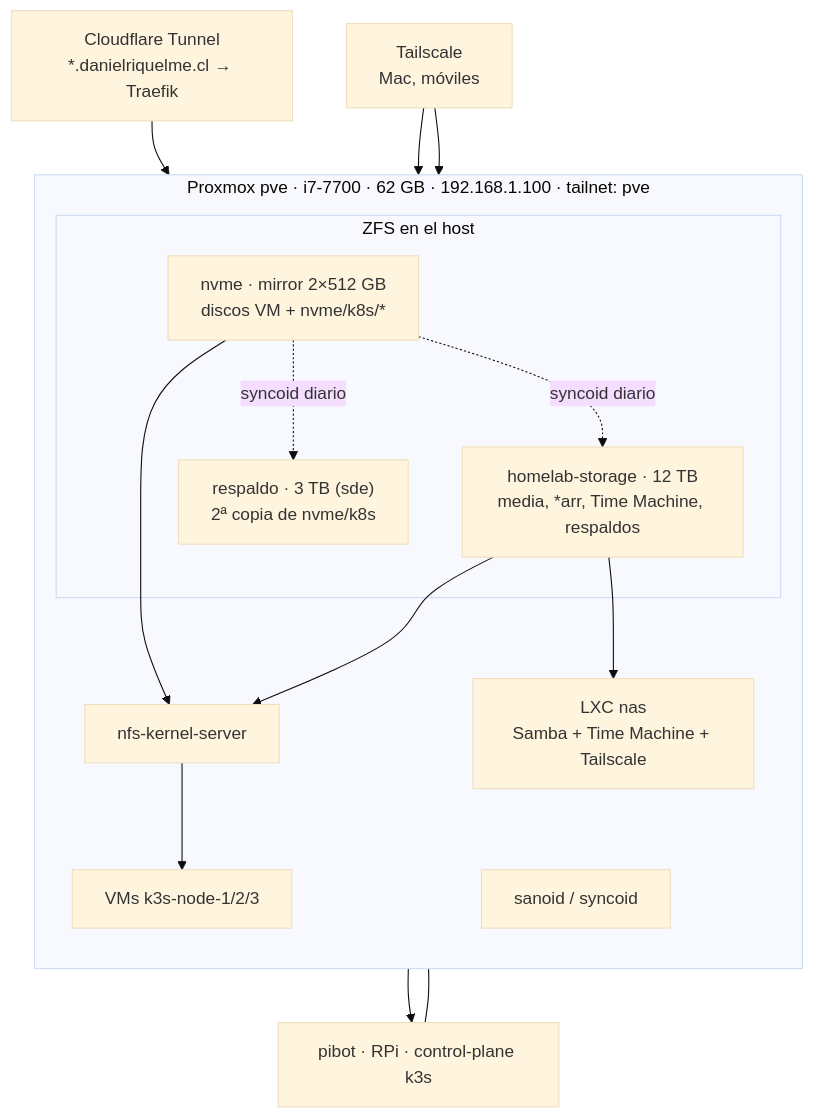
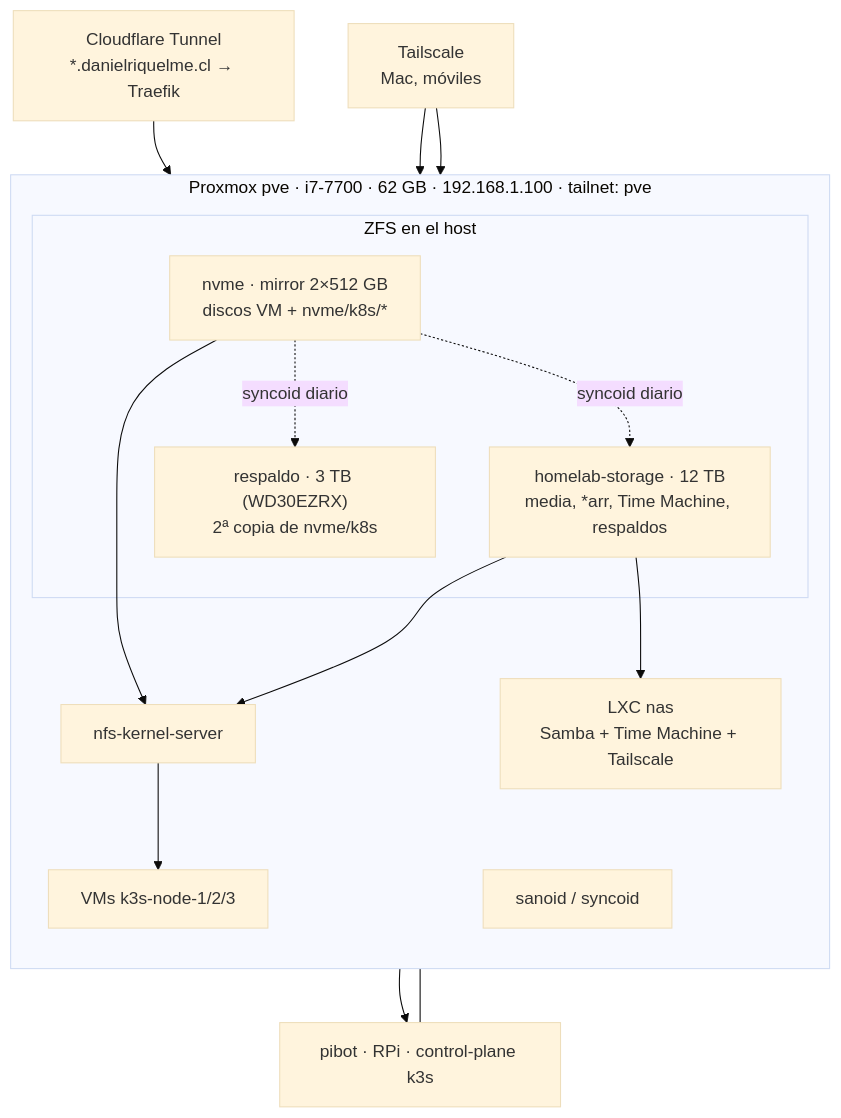
The diagram in docs/ARQUITECTURA.md (koshiro/homelab-config), drawn with Mermaid (base theme) before and after one commit. The commit also changed other lines of this file and 2 other files, not shown here.

````diff
--- a/docs/ARQUITECTURA.md
+++ b/docs/ARQUITECTURA.md
@@ -16,30 +16,30 @@
 ```mermaid
 flowchart TB
   subgraph PVE["Proxmox pve · i7-7700 · 62 GB · 192.168.1.100 · tailnet: pve"]
     direction TB
     subgraph POOLS["ZFS en el host"]
       NVME["nvme · mirror 2×512 GB<br/>discos VM + nvme/k8s/*"]
       BULK["homelab-storage · 12 TB<br/>media, *arr, Time Machine, respaldos"]
-      RESP["respaldo · 3 TB (sde)<br/>2ª copia de nvme/k8s"]
+      RESP["respaldo · 3 TB (WD30EZRX)<br/>2ª copia de nvme/k8s"]
     end
     NFS["nfs-kernel-server"]
     SAN["sanoid / syncoid"]
     NAS["LXC nas<br/>Samba + Time Machine + Tailscale"]
     VMS["VMs k3s-node-1/2/3"]
   end
   PI["pibot · RPi · control-plane k3s"]
   CF["Cloudflare Tunnel<br/>*.danielriquelme.cl → Traefik"]
   TS["Tailscale<br/>Mac, móviles"]
 
   NVME --> NFS
   BULK --> NFS
   NVME -. syncoid diario .-> BULK
   NVME -. syncoid diario .-> RESP
   BULK --> NAS
   NFS --> VMS
   NFS --> PI
   VMS --- PI
   CF --> VMS
   TS --> NAS
   TS --> VMS
 ```
````
